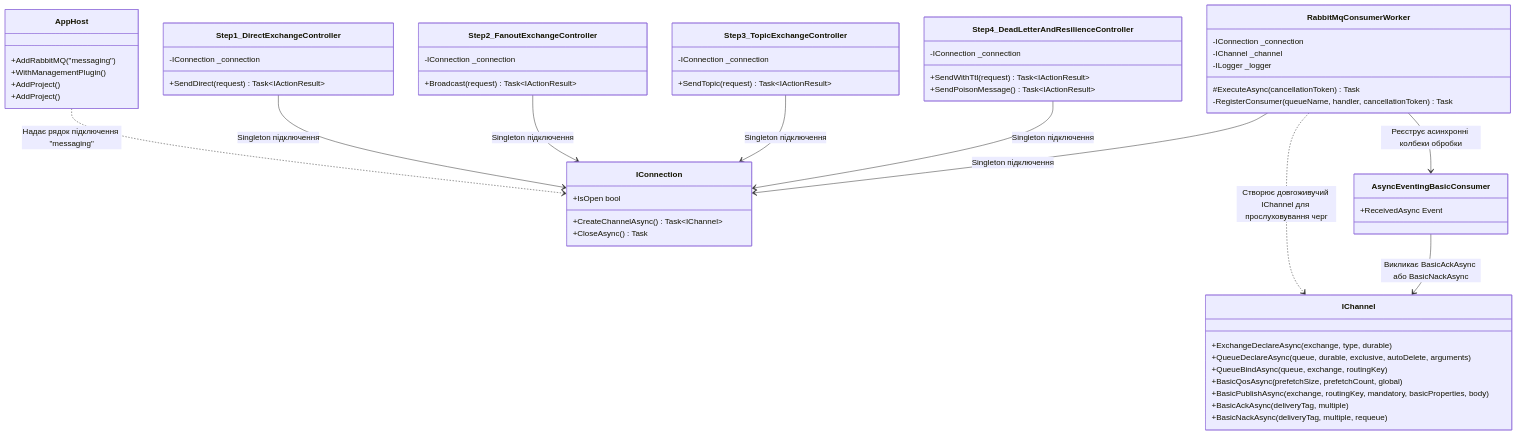
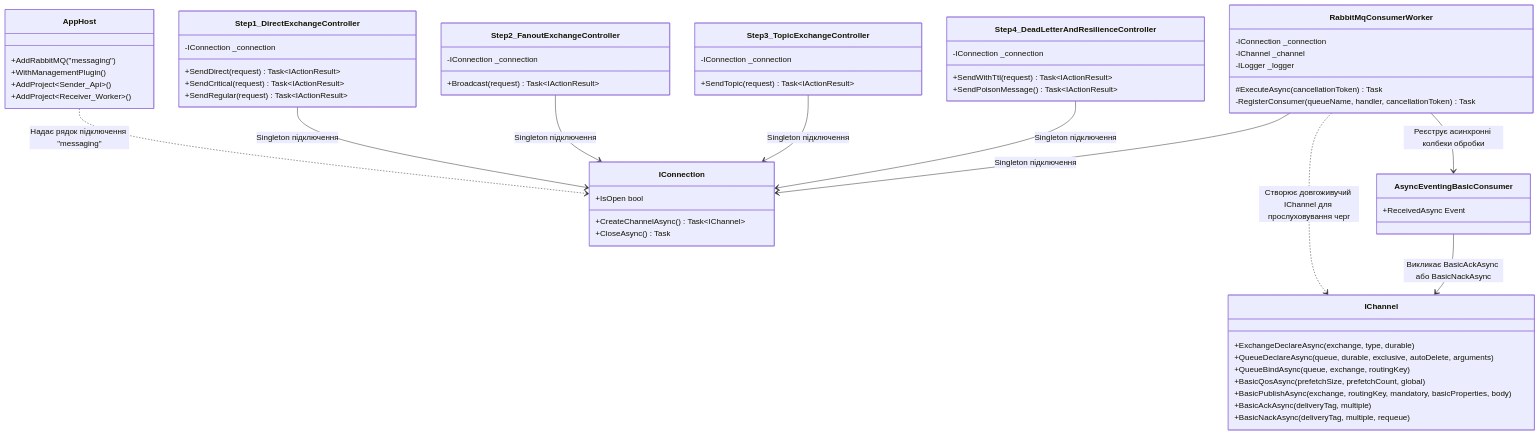
Before and after one commit to MrTomkaYurii/Microservices-Aspire-Mastery: the second of 6 diagrams in 03-RabbitMQ-LowLevel/STRUCTURE-AND-DATA-FLOW.md, drawn with Mermaid. The commit also changed other lines of this file and 49 other files, not shown here.

````diff
--- a/03-RabbitMQ-LowLevel/STRUCTURE-AND-DATA-FLOW.md
+++ b/03-RabbitMQ-LowLevel/STRUCTURE-AND-DATA-FLOW.md
@@ -45,68 +60,70 @@
 ```mermaid
 classDiagram
     class AppHost {
         +AddRabbitMQ("messaging")
         +WithManagementPlugin()
-        +AddProject<Sender_Api>()
-        +AddProject<Receiver_Worker>()
+        +AddProject~Sender_Api~()
+        +AddProject~Receiver_Worker~()
     }
 
     class IConnection {
         +CreateChannelAsync() Task~IChannel~
         +IsOpen bool
         +CloseAsync() Task
     }
 
     class IChannel {
         +ExchangeDeclareAsync(exchange, type, durable)
         +QueueDeclareAsync(queue, durable, exclusive, autoDelete, arguments)
         +QueueBindAsync(queue, exchange, routingKey)
         +BasicQosAsync(prefetchSize, prefetchCount, global)
         +BasicPublishAsync(exchange, routingKey, mandatory, basicProperties, body)
         +BasicAckAsync(deliveryTag, multiple)
         +BasicNackAsync(deliveryTag, multiple, requeue)
     }
 
     class Step1_DirectExchangeController {
         -IConnection _connection
         +SendDirect(request) Task~IActionResult~
+        +SendCritical(request) Task~IActionResult~
+        +SendRegular(request) Task~IActionResult~
     }
 
     class Step2_FanoutExchangeController {
         -IConnection _connection
         +Broadcast(request) Task~IActionResult~
     }
 
     class Step3_TopicExchangeController {
         -IConnection _connection
         +SendTopic(request) Task~IActionResult~
     }
 
     class Step4_DeadLetterAndResilienceController {
         -IConnection _connection
         +SendWithTtl(request) Task~IActionResult~
         +SendPoisonMessage() Task~IActionResult~
     }
 
     class RabbitMqConsumerWorker {
         -IConnection _connection
         -IChannel _channel
         -ILogger _logger
         #ExecuteAsync(cancellationToken) Task
         -RegisterConsumer(queueName, handler, cancellationToken) Task
     }
 
     class AsyncEventingBasicConsumer {
         +ReceivedAsync Event
     }
 
     AppHost ..> IConnection : Надає рядок підключення "messaging"
     Step1_DirectExchangeController --> IConnection : Singleton підключення
     Step2_FanoutExchangeController --> IConnection : Singleton підключення
     Step3_TopicExchangeController --> IConnection : Singleton підключення
     Step4_DeadLetterAndResilienceController --> IConnection : Singleton підключення
     RabbitMqConsumerWorker --> IConnection : Singleton підключення
     RabbitMqConsumerWorker ..> IChannel : Створює довгоживучий IChannel для прослуховування черг
     RabbitMqConsumerWorker --> AsyncEventingBasicConsumer : Реєструє асинхронні колбеки обробки
     AsyncEventingBasicConsumer --> IChannel : Викликає BasicAckAsync або BasicNackAsync
 ```
````
